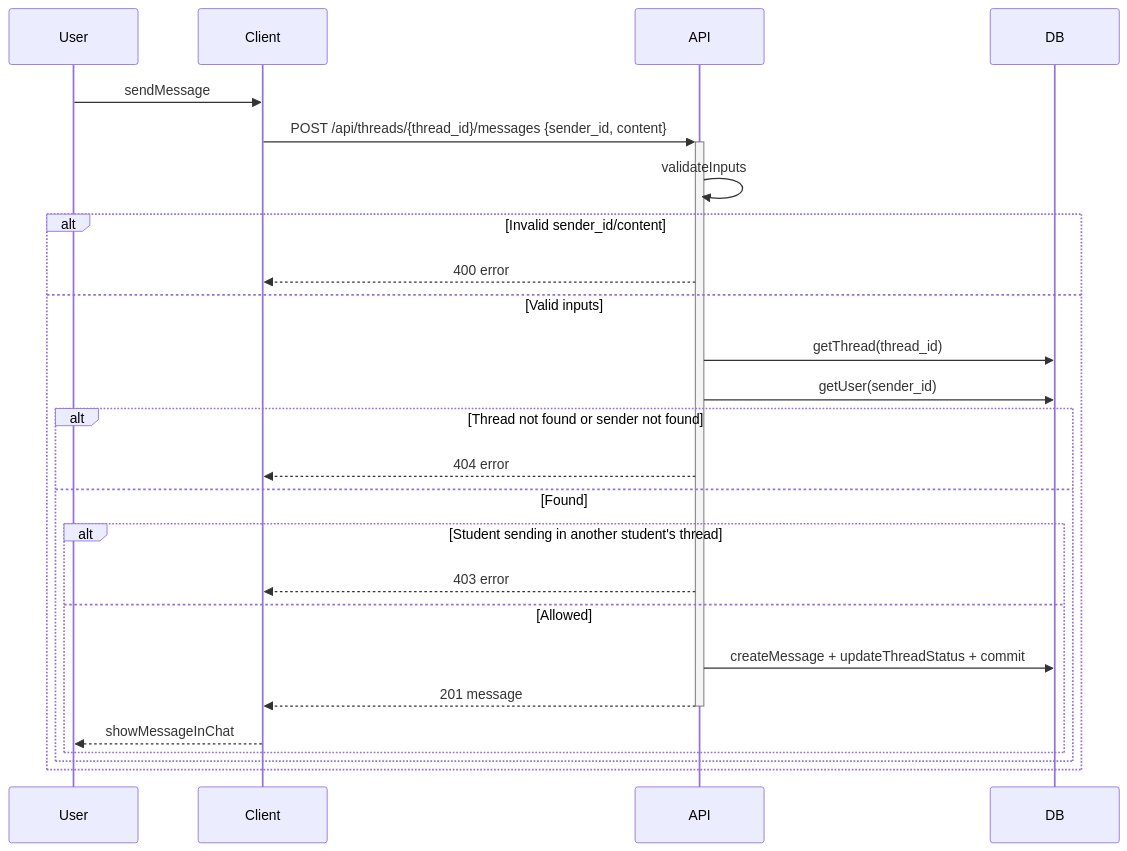
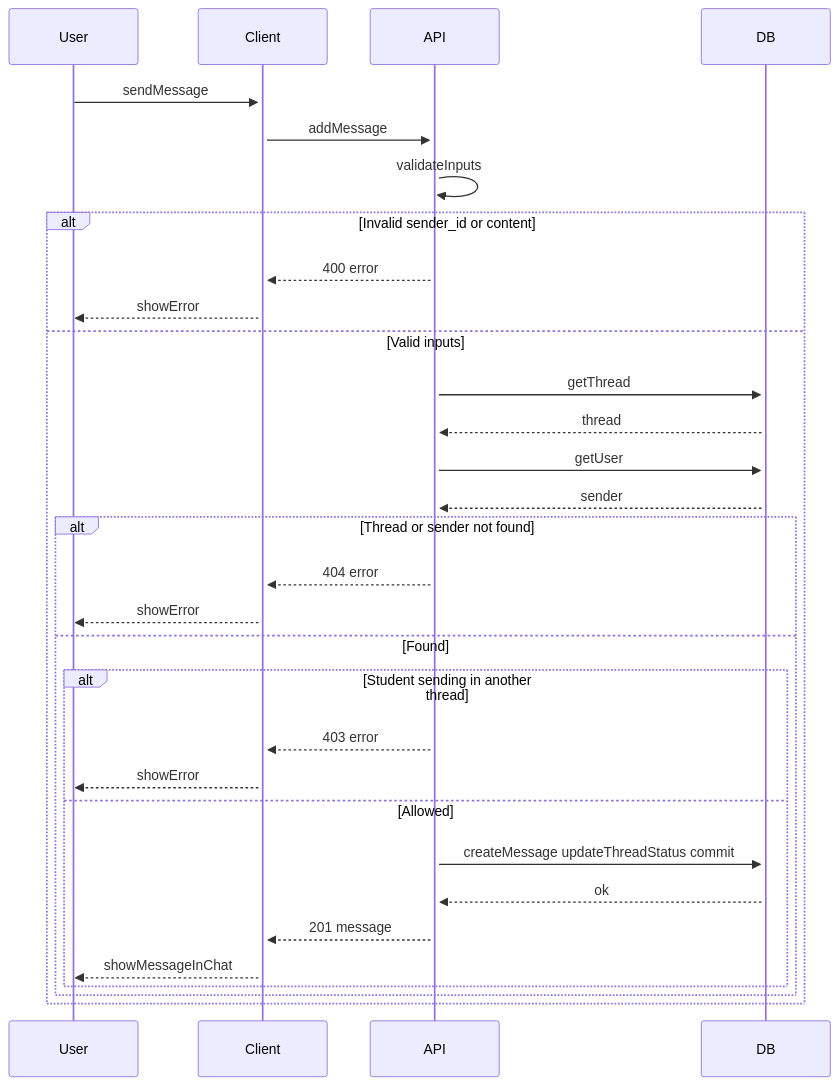
Before and after one commit to sandyleedev/student-mental-support-app: the diagram in docs/sequence-send-message.md, drawn with Mermaid. The commit also changed 3 other files, not shown here.

````diff
--- a/docs/sequence-send-message.md
+++ b/docs/sequence-send-message.md
@@ -5,31 +5,35 @@
 ```mermaid
 sequenceDiagram
     participant User
     participant Client
     participant API
     participant DB
 
-    User->>Client: sendMessage
-    Client->>+API: POST /api/threads/{thread_id}/messages {sender_id, content}
-
+    User->>+Client: sendMessage
+    Client->>+API: addMessage
     API->>API: validateInputs
 
-    alt Invalid sender_id/content
+    alt Invalid sender_id or content
         API-->>Client: 400 error
+        Client-->>User: showError
     else Valid inputs
-        API->>DB: getThread(thread_id)
-        API->>DB: getUser(sender_id)
-
-        alt Thread not found or sender not found
+        API->>+DB: getThread
+        DB-->>API: thread
+        API->>+DB: getUser
+        DB-->>API: sender
+        alt Thread or sender not found
             API-->>Client: 404 error
+            Client-->>User: showError
         else Found
-            alt Student sending in another student's thread
+            alt Student sending in another thread
                 API-->>Client: 403 error
+                Client-->>User: showError
             else Allowed
-                API->>DB: createMessage + updateThreadStatus + commit
-                API-->>-Client: 201 message
+                API->>+DB: createMessage updateThreadStatus commit
+                DB-->>API: ok
+                API-->>Client: 201 message
                 Client-->>User: showMessageInChat
             end
         end
     end
 ```
````
